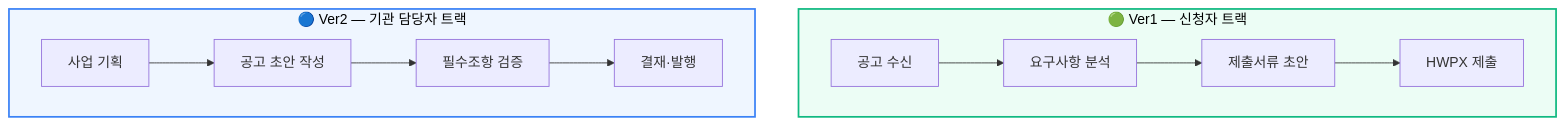
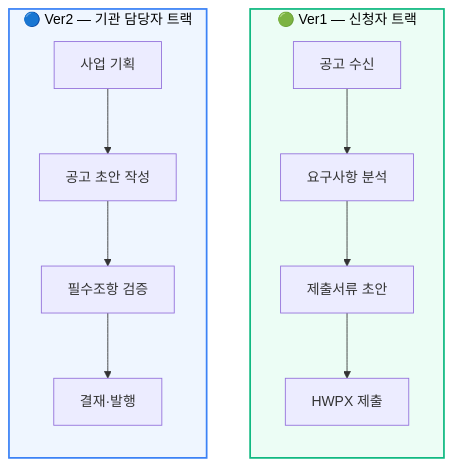
One commit to mingyugim090-debug/DockLive changed the third of 6 diagrams in README.md. Above: the diagram before and after it, drawn with Mermaid. The commit also changed other lines of this file, not shown here.

Commit message:
docs: Production URL InsForge로 변경 및 Mermaid 다이어그램 짤림 현상 수정 (TB 레이아웃 적용)

````diff
--- a/README.md
+++ b/README.md
@@ -208,15 +208,15 @@
 ```mermaid
 flowchart TB
     subgraph V1["🟢 Ver1 — 신청자 트랙"]
-        direction LR
+        direction TB
         A1["공고 수신"] --> A2["요구사항 분석"] --> A3["제출서류 초안"] --> A4["HWPX 제출"]
     end
 
     subgraph V2["🔵 Ver2 — 기관 담당자 트랙"]
-        direction LR
+        direction TB
         B1["사업 기획"] --> B2["공고 초안 작성"] --> B3["필수조항 검증"] --> B4["결재·발행"]
     end
 
     style V1 fill:#ecfdf5,stroke:#10b981,stroke-width:2px,color:#000
     style V2 fill:#eff6ff,stroke:#3b82f6,stroke-width:2px,color:#000
 ```
````
